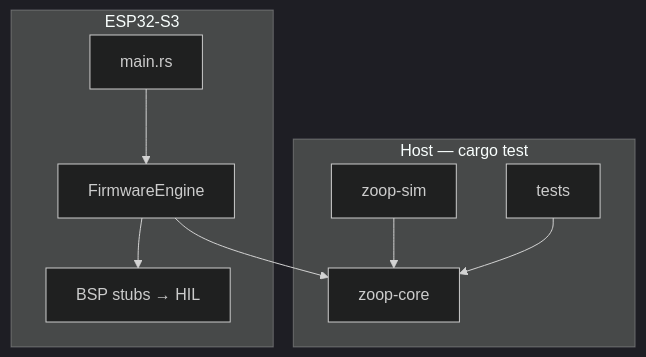
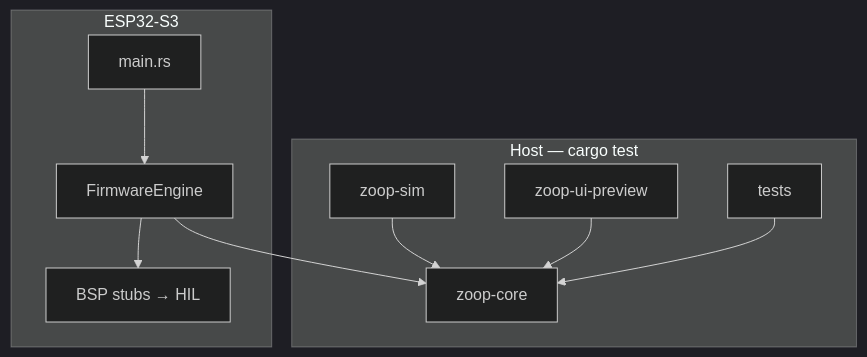
Before and after one commit to akashsoni01/zoop: the diagram in docs/README.md, drawn with Mermaid (dark theme). The commit also changed other lines of this file and 12 other files, not shown here.

````diff
--- a/docs/README.md
+++ b/docs/README.md
@@ -9,18 +15,20 @@
 ```mermaid
 flowchart TB
   subgraph Host["Host — cargo test"]
     CORE["zoop-core"]
     SIM["zoop-sim"]
+    UIPREV["zoop-ui-preview"]
     TESTS["tests"]
   end
   subgraph Device["ESP32-S3"]
     MAIN["main.rs"]
     ENGINE["FirmwareEngine"]
     BSP["BSP stubs → HIL"]
   end
   SIM --> CORE
+  UIPREV --> CORE
   TESTS --> CORE
   MAIN --> ENGINE
   ENGINE --> CORE
   ENGINE --> BSP
 ```
````
